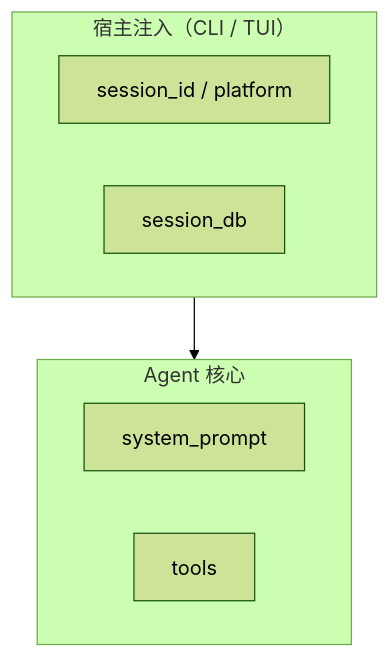
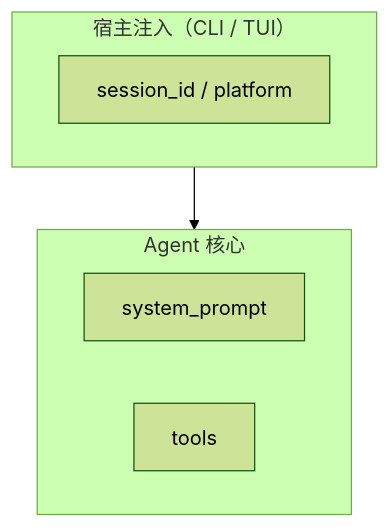
One commit to ethan-jiang-3/codex changed the diagram in _digested/WRITING-STYLE.md. Above: the diagram before and after it, drawn with Mermaid (forest theme). The commit also changed other lines of this file and 9 other files, not shown here.

````diff
--- a/_digested/WRITING-STYLE.md
+++ b/_digested/WRITING-STYLE.md
@@ -190,12 +337,11 @@
 ```mermaid
 flowchart TD
     subgraph HOST["宿主注入（CLI / TUI）"]
         H1[session_id / platform]
-        H2[session_db]
     end
     subgraph AGENT["Agent 核心"]
         A1[system_prompt]
         A2[tools]
     end
     HOST --> AGENT
 ```
````
